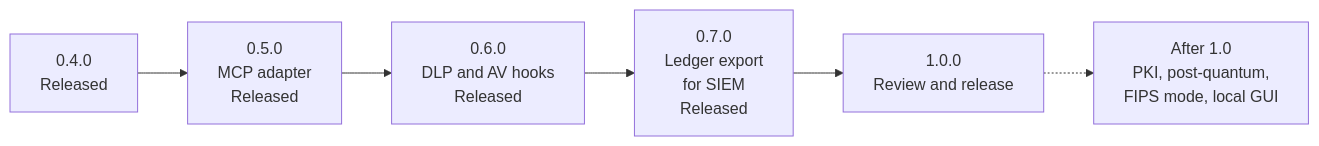
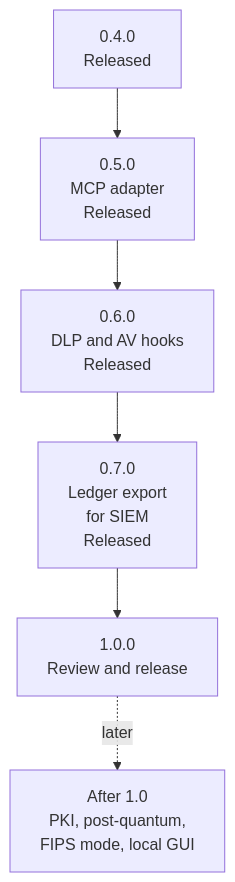
Before and after one commit to Insomniac-VibeLabs/two-key: the diagram in ROADMAP.md, drawn with Mermaid. The commit also changed other lines of this file and 12 other files, not shown here.

First line of the commit message:
Redraw every diagram to one house style, checked by a test (#29)

````diff
--- a/ROADMAP.md
+++ b/ROADMAP.md
@@ -33,8 +33,8 @@
 ```mermaid
-flowchart LR
+flowchart TD
   r04["0.4.0<br/>Released"] --> r05["0.5.0<br/>MCP adapter<br/>Released"]
   r05 --> r06["0.6.0<br/>DLP and AV hooks<br/>Released"]
   r06 --> r07["0.7.0<br/>Ledger export<br/>for SIEM<br/>Released"]
   r07 --> r10["1.0.0<br/>Review and release"]
-  r10 -.-> after["After 1.0<br/>PKI, post-quantum,<br/>FIPS mode, local GUI"]
+  r10 -. "later" .-> after["After 1.0<br/>PKI, post-quantum,<br/>FIPS mode, local GUI"]
 ```
````
